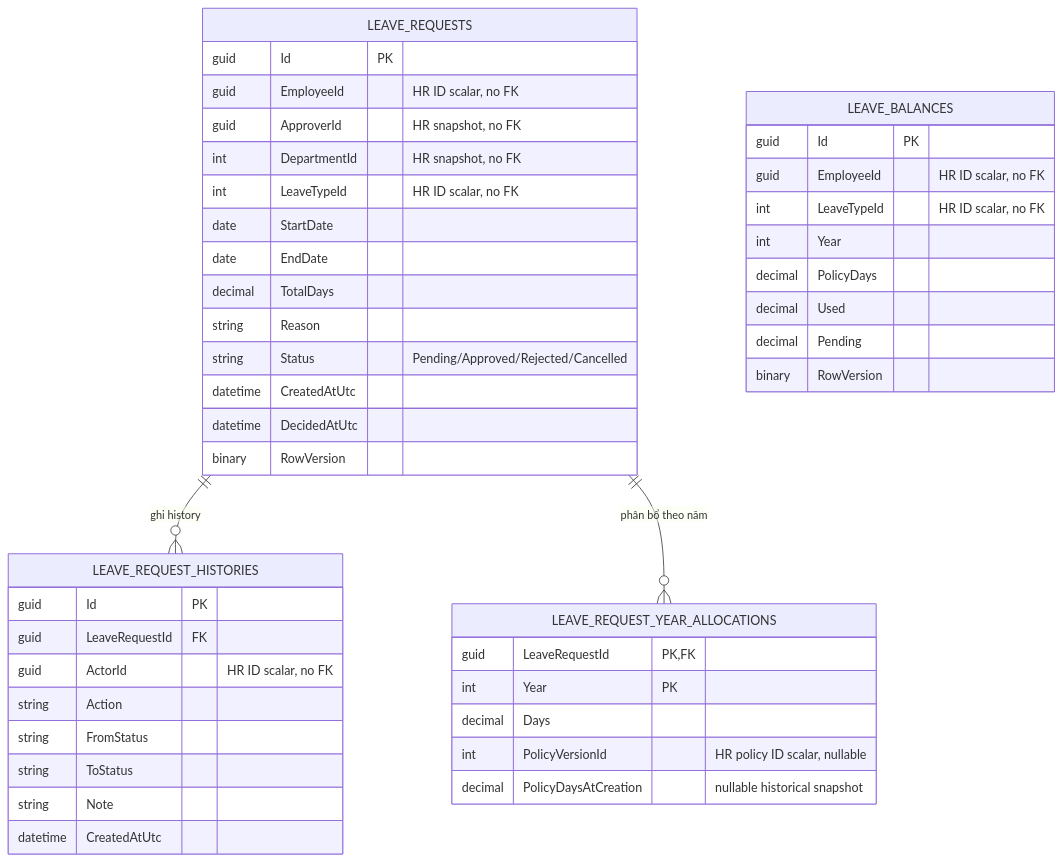
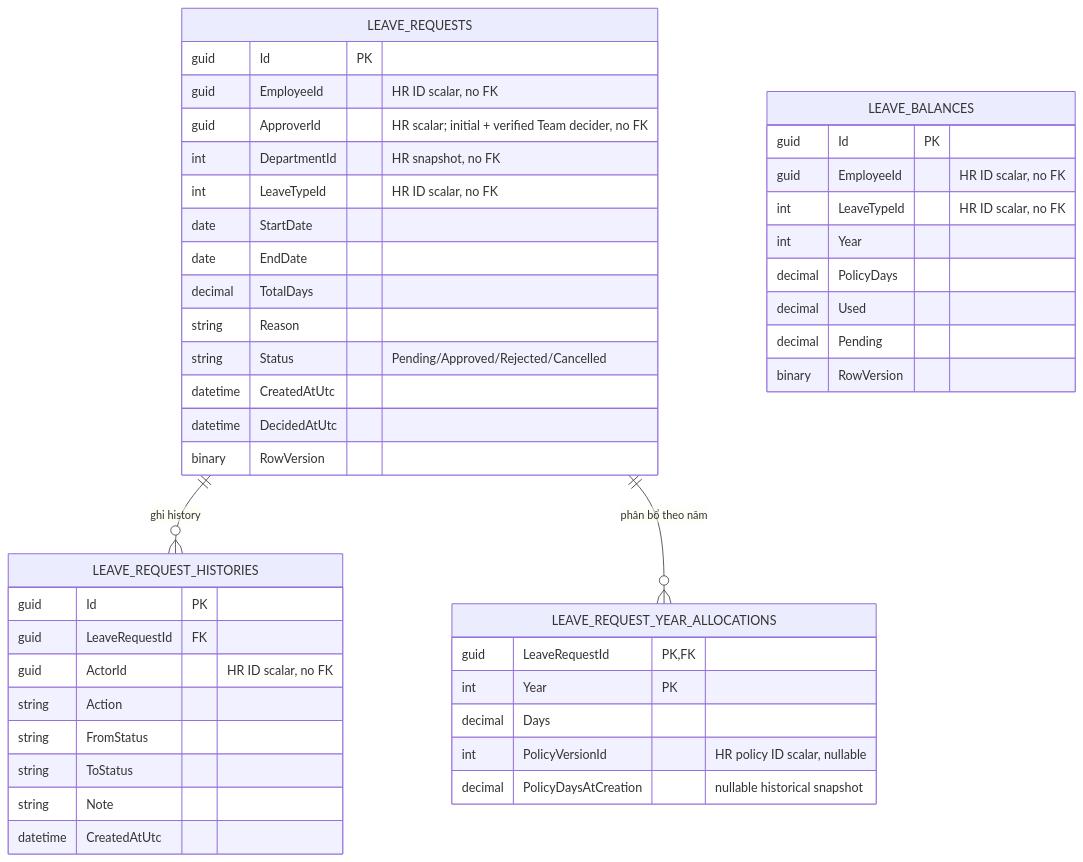
One commit to OlYVER1337/hr-leave-management changed the diagram in docs/architecture/diagrams/mermaid/erd-leave-db.mmd. Above: the diagram before and after it, drawn with Mermaid. The commit also changed 2 other files, not shown here.

Commit message:
Sửa mô tả approver trong luồng nghiệp vụ

```diff
--- a/docs/architecture/diagrams/mermaid/erd-leave-db.mmd
+++ b/docs/architecture/diagrams/mermaid/erd-leave-db.mmd
@@ -1,53 +1,53 @@
 erDiagram
   LEAVE_REQUESTS ||--o{ LEAVE_REQUEST_HISTORIES : "ghi history"
   LEAVE_REQUESTS ||--o{ LEAVE_REQUEST_YEAR_ALLOCATIONS : "phân bổ theo năm"
 
   LEAVE_BALANCES {
     guid Id PK
     guid EmployeeId "HR ID scalar, no FK"
     int LeaveTypeId "HR ID scalar, no FK"
     int Year
     decimal PolicyDays
     decimal Used
     decimal Pending
     binary RowVersion
   }
   LEAVE_REQUESTS {
     guid Id PK
     guid EmployeeId "HR ID scalar, no FK"
-    guid ApproverId "HR snapshot, no FK"
+    guid ApproverId "HR scalar; initial + verified Team decider, no FK"
     int DepartmentId "HR snapshot, no FK"
     int LeaveTypeId "HR ID scalar, no FK"
     date StartDate
     date EndDate
     decimal TotalDays
     string Reason
     string Status "Pending/Approved/Rejected/Cancelled"
     datetime CreatedAtUtc
     datetime DecidedAtUtc
     binary RowVersion
   }
   LEAVE_REQUEST_YEAR_ALLOCATIONS {
     guid LeaveRequestId PK,FK
     int Year PK
     decimal Days
     int PolicyVersionId "HR policy ID scalar, nullable"
     decimal PolicyDaysAtCreation "nullable historical snapshot"
   }
   LEAVE_REQUEST_HISTORIES {
     guid Id PK
     guid LeaveRequestId FK
     guid ActorId "HR ID scalar, no FK"
     string Action
     string FromStatus
     string ToStatus
     string Note
     datetime CreatedAtUtc
   }
 
   %% LeaveBalance unique key: EmployeeId + LeaveTypeId + Year.
   %% Entitled and Available are [NotMapped], not persisted SQL columns.
   %% Entitled = max(PolicyDays, Used + Pending); Available = Entitled - Used - Pending.
   %% PolicyDays, Used and Pending each have non-negative CHECK constraints.
   %% LeaveRequest.YearAllocations and Histories cascade-delete with LeaveRequest.
   %% Employee/Approver/Department/LeaveType/PolicyVersion IDs are HR-owned scalar references.
```
